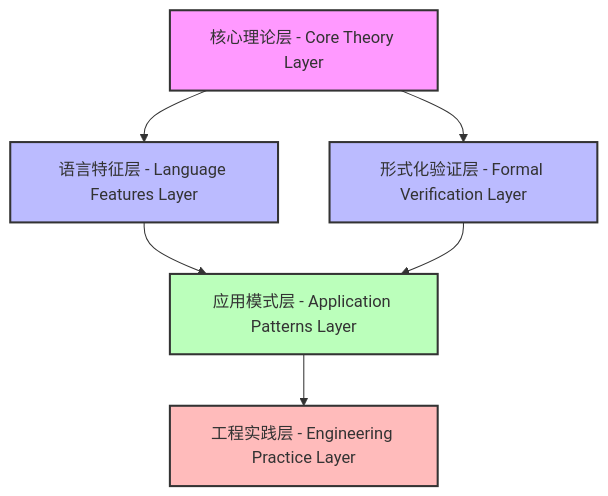
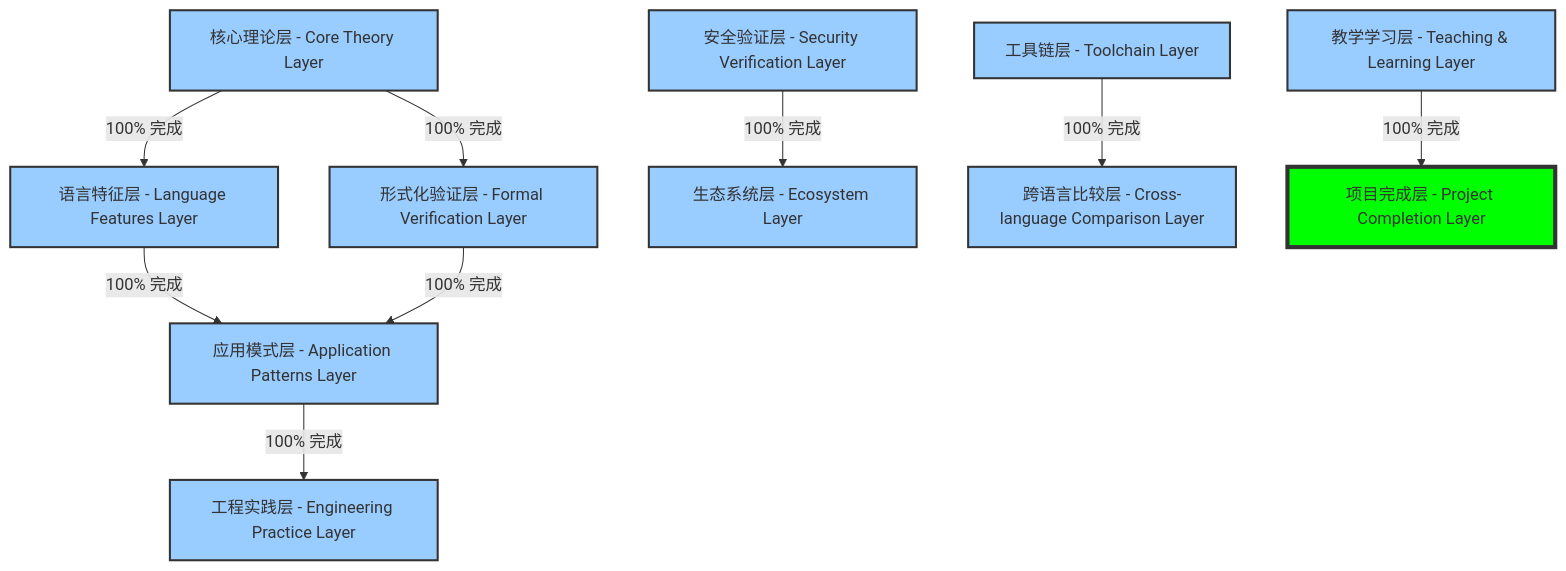
The second of 3 diagrams in formal_rust/EXECUTION_STATUS_V57.md (martin-ly/rust-lang), drawn with Mermaid before and after one commit. The commit also changed other lines of this file and 3 other files, not shown here.

````diff
--- a/formal_rust/EXECUTION_STATUS_V57.md
+++ b/formal_rust/EXECUTION_STATUS_V57.md
@@ -287,14 +328,24 @@
 ```mermaid
 graph TD
-    A[核心理论层 - Core Theory Layer] --> B[语言特征层 - Language Features Layer]
-    A --> C[形式化验证层 - Formal Verification Layer]
-    B --> D[应用模式层 - Application Patterns Layer]
-    C --> D
-    D --> E[工程实践层 - Engineering Practice Layer]
+    A[核心理论层 - Core Theory Layer] -->|100% 完成| B[语言特征层 - Language Features Layer]
+    A -->|100% 完成| C[形式化验证层 - Formal Verification Layer]
+    B -->|100% 完成| D[应用模式层 - Application Patterns Layer]
+    C -->|100% 完成| D
+    D -->|100% 完成| E[工程实践层 - Engineering Practice Layer]
     
-    style A fill:#f9f,stroke:#333,stroke-width:2px
-    style B fill:#bbf,stroke:#333,stroke-width:2px
-    style C fill:#bbf,stroke:#333,stroke-width:2px
-    style D fill:#bfb,stroke:#333,stroke-width:2px
-    style E fill:#fbb,stroke:#333,stroke-width:2px
+    F[安全验证层 - Security Verification Layer] -->|100% 完成| G[生态系统层 - Ecosystem Layer]
+    H[工具链层 - Toolchain Layer] -->|100% 完成| I[跨语言比较层 - Cross-language Comparison Layer]
+    J[教学学习层 - Teaching & Learning Layer] -->|100% 完成| K[项目完成层 - Project Completion Layer]
+    
+    style A fill:#9cf,stroke:#333,stroke-width:2px
+    style B fill:#9cf,stroke:#333,stroke-width:2px
+    style C fill:#9cf,stroke:#333,stroke-width:2px
+    style D fill:#9cf,stroke:#333,stroke-width:2px
+    style E fill:#9cf,stroke:#333,stroke-width:2px
+    style F fill:#9cf,stroke:#333,stroke-width:2px
+    style G fill:#9cf,stroke:#333,stroke-width:2px
+    style H fill:#9cf,stroke:#333,stroke-width:2px
+    style I fill:#9cf,stroke:#333,stroke-width:2px
+    style J fill:#9cf,stroke:#333,stroke-width:2px
+    style K fill:#0f0,stroke:#333,stroke-width:4px
 ```
````
